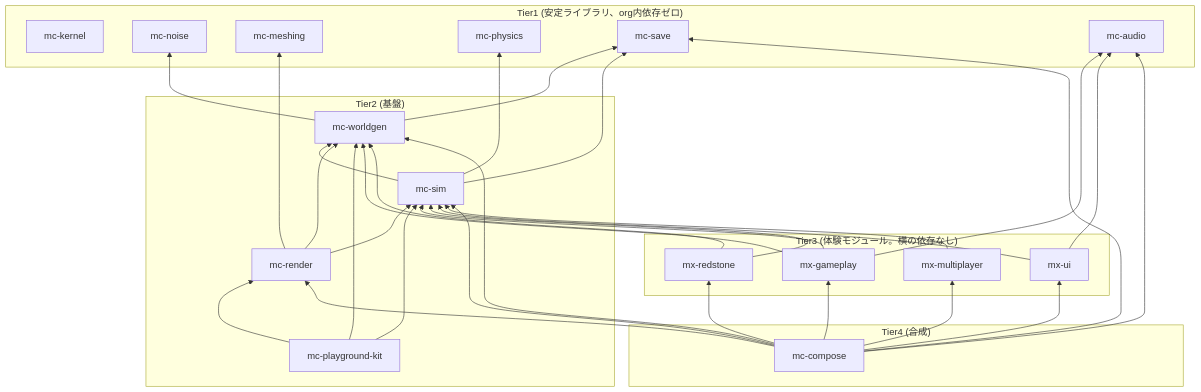
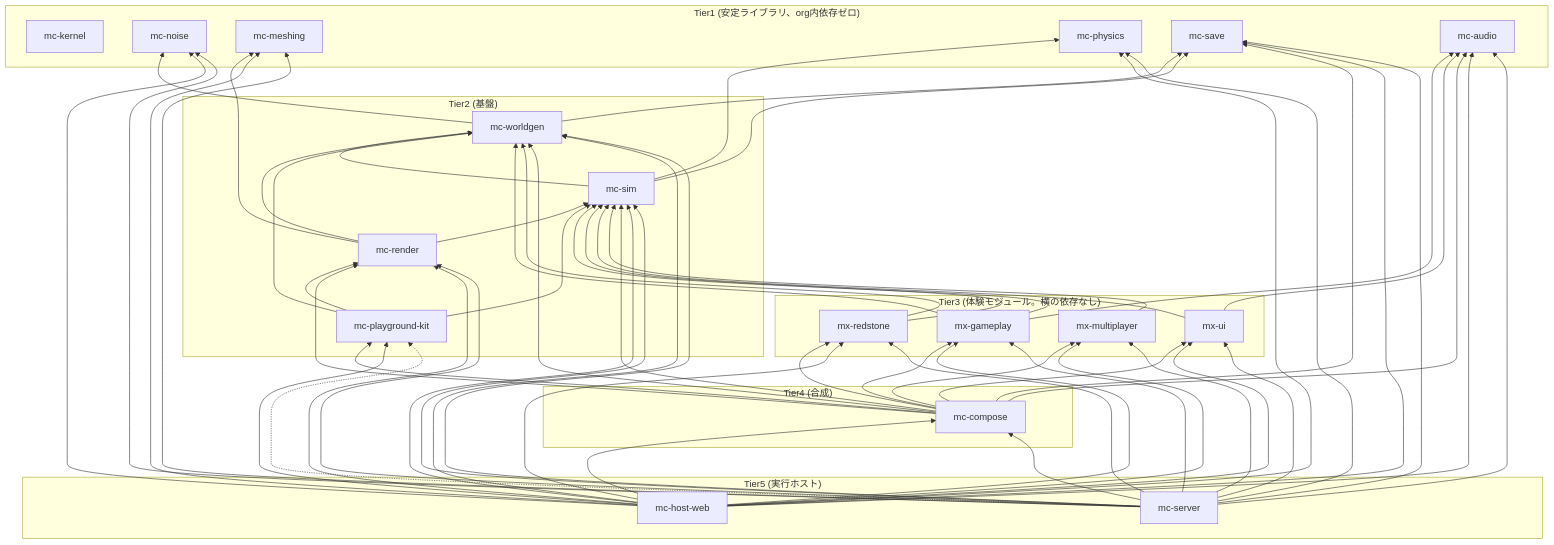
One commit to nerima-games/.github changed the diagram in DEPENDENCY_POLICY.md. Above: the diagram before and after it, drawn with Mermaid. The commit also changed other lines of this file, not shown here.

Commit message:
docs: define Tier 5 dependency rules

````diff
--- a/DEPENDENCY_POLICY.md
+++ b/DEPENDENCY_POLICY.md
@@ -84,6 +87,11 @@
 
   subgraph T4["Tier4 (合成)"]
     compose[mc-compose]
+  end
+
+  subgraph T5["Tier5 (実行ホスト)"]
+    hostweb[mc-host-web]
+    server[mc-server]
   end
 
   worldgen --> noise
@@ -116,4 +124,35 @@
   compose --> redstone
   compose --> ui
   compose --> multiplayer
+  compose --> kit
+
+  hostweb --> noise
+  hostweb --> meshing
+  hostweb --> physics
+  hostweb --> save
+  hostweb --> audio
+  hostweb --> worldgen
+  hostweb --> sim
+  hostweb --> render
+  hostweb --> kit
+  hostweb --> gameplay
+  hostweb --> redstone
+  hostweb --> ui
+  hostweb --> multiplayer
+  hostweb --> compose
+
+  server --> noise
+  server --> meshing
+  server --> physics
+  server --> save
+  server --> audio
+  server --> worldgen
+  server --> sim
+  server --> render
+  server -.-> kit
+  server --> gameplay
+  server --> redstone
+  server --> ui
+  server --> multiplayer
+  server --> compose
 ```
````
